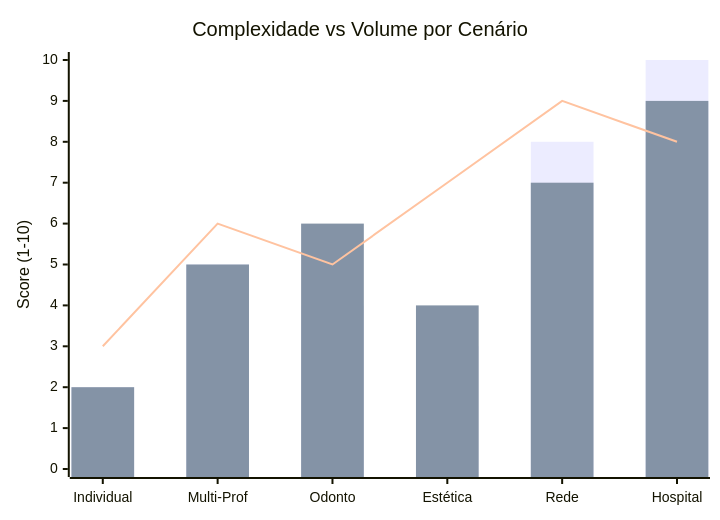
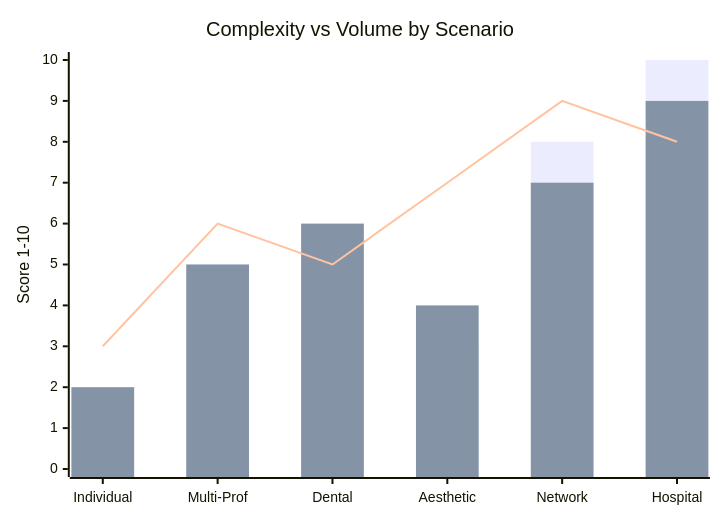
Diagram 15 of 15 in docs/BUSINESS_SCENARIOS.md (RenanLisboa8/n8n-clinic-multiagent), drawn with Mermaid before and after one commit. The commit also changed other lines of this file and 4 other files, not shown here.

First line of the commit message:
Update documentation and diagrams for improved clarity and accessibility

````diff
--- a/docs/BUSINESS_SCENARIOS.md
+++ b/docs/BUSINESS_SCENARIOS.md
@@ -635,9 +637,9 @@
 ```mermaid
 xychart-beta
-    title "Complexidade vs Volume por Cenário"
-    x-axis ["Individual", "Multi-Prof", "Odonto", "Estética", "Rede", "Hospital"]
-    y-axis "Score (1-10)" 0 --> 10
+    title "Complexity vs Volume by Scenario"
+    x-axis ["Individual", "Multi-Prof", "Dental", "Aesthetic", "Network", "Hospital"]
+    y-axis "Score 1-10" 0 --> 10
     bar "Volume" [2, 5, 4, 3, 8, 10]
-    bar "Complexidade Config" [2, 5, 6, 4, 7, 9]
-    line "ROI Potencial" [3, 6, 5, 7, 9, 8]
+    bar "Config Complexity" [2, 5, 6, 4, 7, 9]
+    line "Potential ROI" [3, 6, 5, 7, 9, 8]
 ```
````
